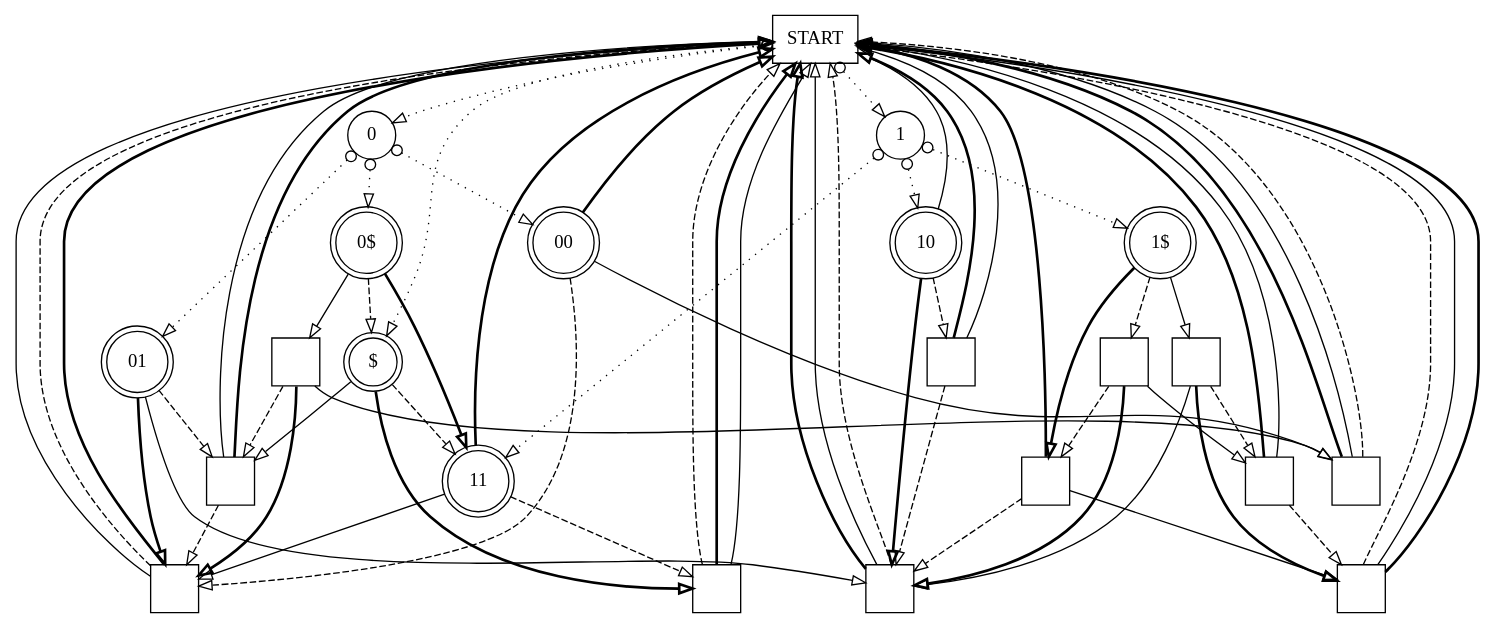
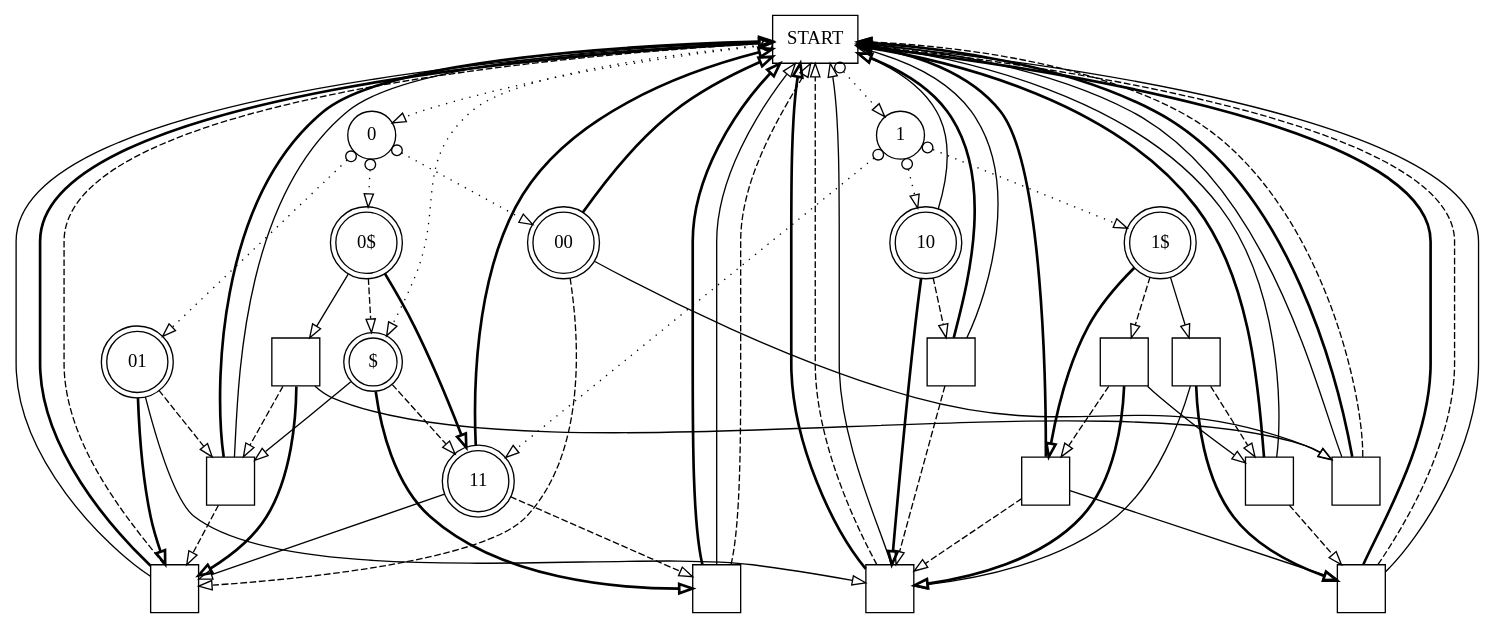
Before and after one commit to ihh/dnastore: the diagram in doc/eof2.dot, drawn with Graphviz. The commit also changed other lines of this file and 6 other files, not shown here.

```diff
--- a/doc/eof2.dot
+++ b/doc/eof2.dot
@@ -1,90 +1,90 @@
 digraph G {
  S [style=solid;shape=box;label="START"];
  P0 [style=solid;shape=circle;label="0"];
  P1 [style=solid;shape=circle;label="1"];
  Wx [style=solid;shape=doublecircle;label="$"];
  W00 [style=solid;shape=doublecircle;label="00"];
  W01 [style=solid;shape=doublecircle;label="01"];
  W0x [style=solid;shape=doublecircle;label="0$"];
  W10 [style=solid;shape=doublecircle;label="10"];
  W11 [style=solid;shape=doublecircle;label="11"];
  W1x [style=solid;shape=doublecircle;label="1$"];
  C1 [style=solid;shape=square;label=""];
  C2 [style=solid;shape=square;label=""];
  C3 [style=solid;shape=square;label=""];
  C4 [style=solid;shape=square;label=""];
  C5 [style=solid;shape=square;label=""];
  C6 [style=solid;shape=square;label=""];
  C7 [style=solid;shape=square;label=""];
  C8 [style=solid;shape=square;label=""];
  C9 [style=solid;shape=square;label=""];
  C10 [style=solid;shape=square;label=""];
  C11 [style=solid;shape=square;label=""];
  C12 [style=solid;shape=square;label=""];
+ S -> P0 [style=dotted;dir=both;arrowtail=odot;arrowhead=empty;];
  S -> Wx [style=dotted;dir=both;arrowtail=odot;arrowhead=empty;];
  S -> P1 [style=dotted;dir=both;arrowtail=odot;arrowhead=empty;];
- S -> P0 [style=dotted;dir=both;arrowtail=odot;arrowhead=empty;];
  P0 -> W0x [style=dotted;dir=both;arrowtail=odot;arrowhead=empty;];
+ P0 -> W01 [style=dotted;dir=both;arrowtail=odot;arrowhead=empty;];
  P0 -> W00 [style=dotted;dir=both;arrowtail=odot;arrowhead=empty;];
- P0 -> W01 [style=dotted;dir=both;arrowtail=odot;arrowhead=empty;];
- P1 -> W10 [style=dotted;dir=both;arrowtail=odot;arrowhead=empty;];
  P1 -> W11 [style=dotted;dir=both;arrowtail=odot;arrowhead=empty;];
  P1 -> W1x [style=dotted;dir=both;arrowtail=odot;arrowhead=empty;];
+ P1 -> W10 [style=dotted;dir=both;arrowtail=odot;arrowhead=empty;];
  Wx -> C6 [style=bold;arrowhead=empty;];
  Wx -> C3 [style=solid;arrowhead=empty;];
  Wx -> W11 [style=dashed;arrowhead=empty;];
  W00 -> S [style=bold;arrowhead=empty;];
+ W00 -> C1 [style=dashed;arrowhead=empty;];
  W00 -> C2 [style=solid;arrowhead=empty;];
- W00 -> C1 [style=dashed;arrowhead=empty;];
+ W01 -> C1 [style=bold;arrowhead=empty;];
+ W01 -> C4 [style=solid;arrowhead=empty;];
  W01 -> C3 [style=dashed;arrowhead=empty;];
- W01 -> C4 [style=solid;arrowhead=empty;];
- W01 -> C1 [style=bold;arrowhead=empty;];
  W0x -> C7 [style=solid;arrowhead=empty;];
+ W0x -> Wx [style=dashed;arrowhead=empty;];
  W0x -> W11 [style=bold;arrowhead=empty;];
- W0x -> Wx [style=dashed;arrowhead=empty;];
  W10 -> C4 [style=bold;arrowhead=empty;];
  W10 -> C5 [style=dashed;arrowhead=empty;];
  W10 -> S [style=solid;arrowhead=empty;];
  W11 -> S [style=bold;arrowhead=empty;];
  W11 -> C1 [style=solid;arrowhead=empty;];
  W11 -> C6 [style=dashed;arrowhead=empty;];
  W1x -> C9 [style=solid;arrowhead=empty;];
+ W1x -> C8 [style=dashed;arrowhead=empty;];
  W1x -> C10 [style=bold;arrowhead=empty;];
- W1x -> C8 [style=dashed;arrowhead=empty;];
  C1 -> S [style=solid;arrowhead=empty;];
+ C1 -> S [style=bold;arrowhead=empty;];
  C1 -> S [style=dashed;arrowhead=empty;];
- C1 -> S [style=bold;arrowhead=empty;];
+ C2 -> S [style=solid;arrowhead=empty;];
  C2 -> S [style=bold;arrowhead=empty;];
- C2 -> S [style=solid;arrowhead=empty;];
  C2 -> S [style=dashed;arrowhead=empty;];
+ C3 -> S [style=bold;arrowhead=empty;];
+ C3 -> S [style=solid;arrowhead=empty;];
  C3 -> C1 [style=dashed;arrowhead=empty;];
- C3 -> S [style=solid;arrowhead=empty;];
- C3 -> S [style=bold;arrowhead=empty;];
  C4 -> S [style=bold;arrowhead=empty;];
+ C4 -> S [style=dashed;arrowhead=empty;];
  C4 -> S [style=solid;arrowhead=empty;];
- C4 -> S [style=dashed;arrowhead=empty;];
+ C5 -> S [style=bold;arrowhead=empty;];
  C5 -> C4 [style=dashed;arrowhead=empty;];
- C5 -> S [style=bold;arrowhead=empty;];
  C5 -> S [style=solid;arrowhead=empty;];
- C6 -> S [style=dashed;arrowhead=empty;];
  C6 -> S [style=bold;arrowhead=empty;];
  C6 -> S [style=solid;arrowhead=empty;];
+ C6 -> S [style=dashed;arrowhead=empty;];
+ C7 -> C3 [style=dashed;arrowhead=empty;];
  C7 -> C2 [style=solid;arrowhead=empty;];
  C7 -> C1 [style=bold;arrowhead=empty;];
- C7 -> C3 [style=dashed;arrowhead=empty;];
  C8 -> C11 [style=solid;arrowhead=empty;];
+ C8 -> C10 [style=dashed;arrowhead=empty;];
  C8 -> C4 [style=bold;arrowhead=empty;];
- C8 -> C10 [style=dashed;arrowhead=empty;];
  C9 -> C12 [style=bold;arrowhead=empty;];
+ C9 -> C11 [style=dashed;arrowhead=empty;];
  C9 -> C4 [style=solid;arrowhead=empty;];
- C9 -> C11 [style=dashed;arrowhead=empty;];
+ C10 -> S [style=bold;arrowhead=empty;];
+ C10 -> C12 [style=solid;arrowhead=empty;];
  C10 -> C4 [style=dashed;arrowhead=empty;];
- C10 -> C12 [style=solid;arrowhead=empty;];
- C10 -> S [style=bold;arrowhead=empty;];
+ C11 -> S [style=bold;arrowhead=empty;];
  C11 -> C12 [style=dashed;arrowhead=empty;];
- C11 -> S [style=bold;arrowhead=empty;];
  C11 -> S [style=solid;arrowhead=empty;];
+ C12 -> S [style=bold;arrowhead=empty;];
  C12 -> S [style=dashed;arrowhead=empty;];
  C12 -> S [style=solid;arrowhead=empty;];
- C12 -> S [style=bold;arrowhead=empty;];
 }
```
